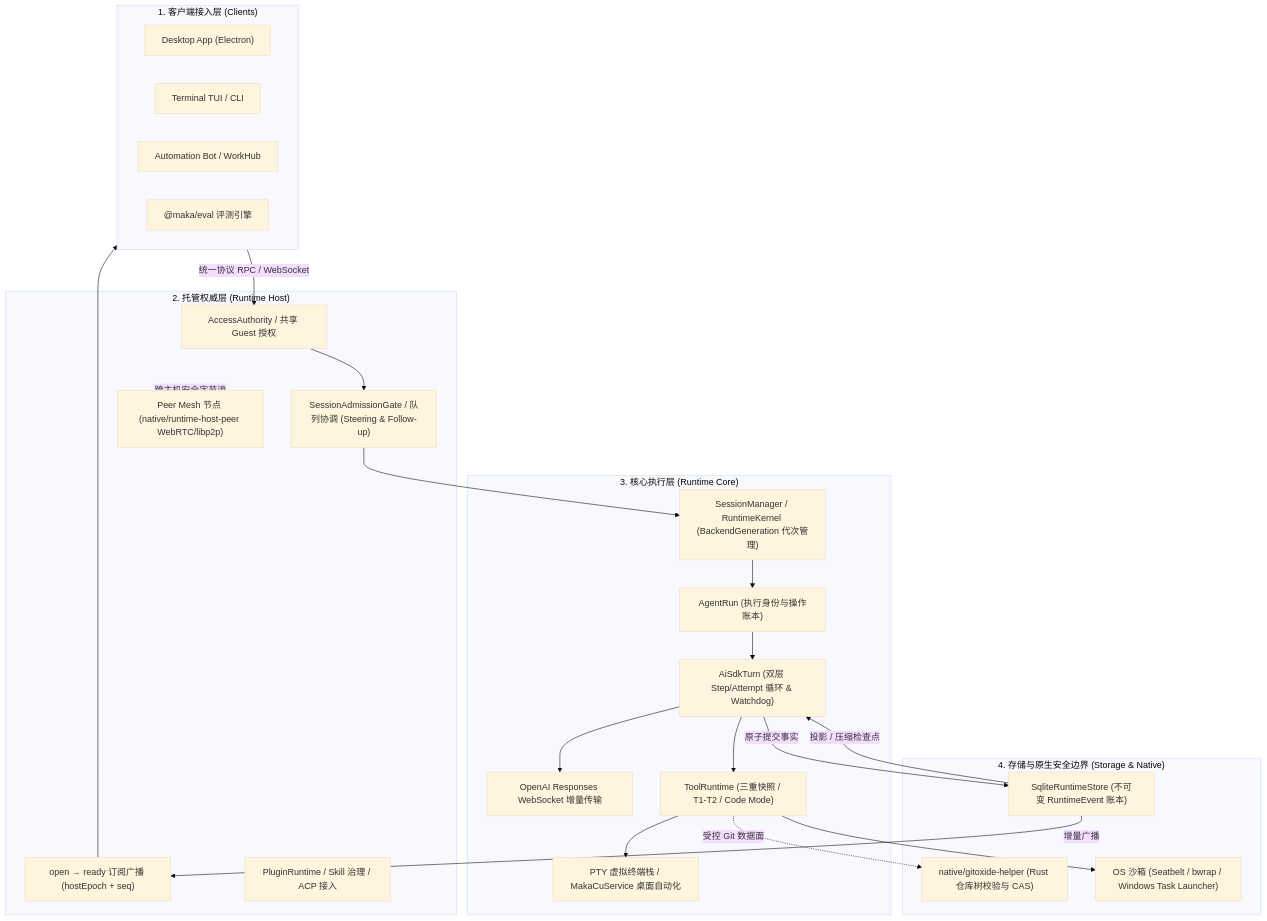
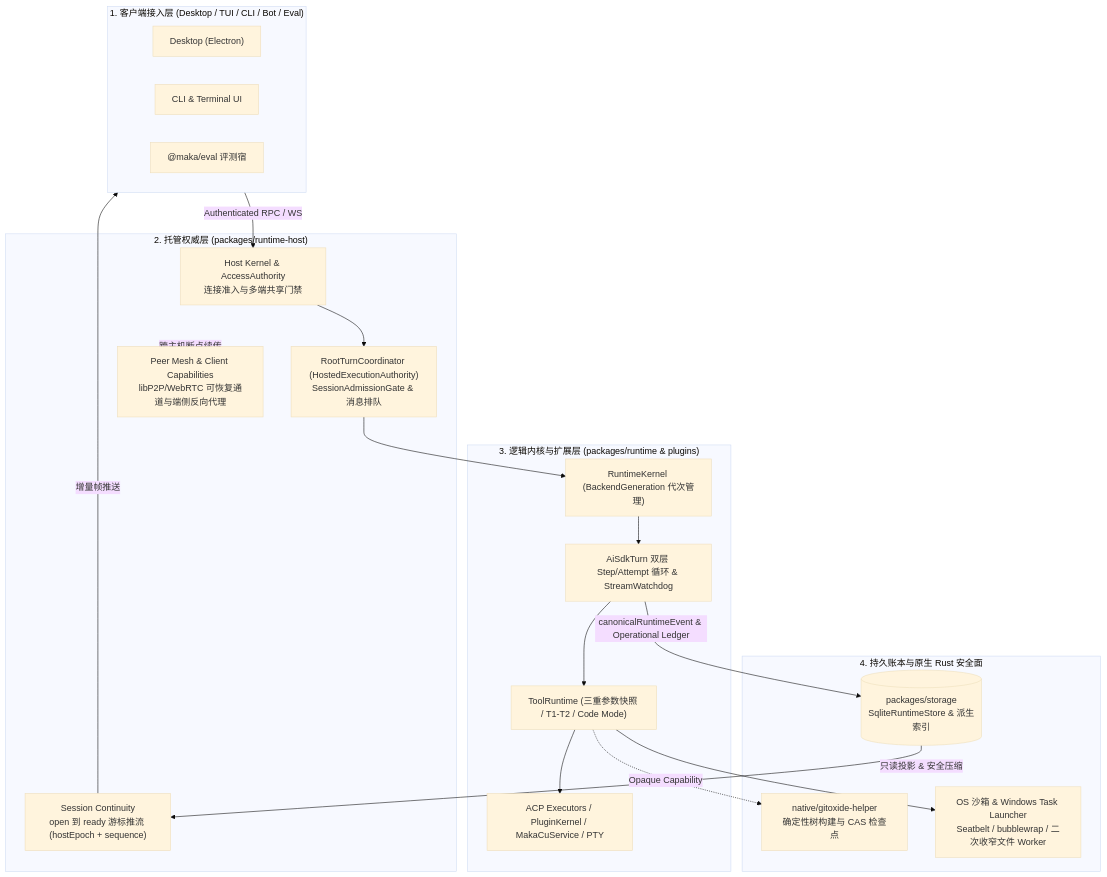
The diagram in maka-agent-infra/README.md (suger-m/agent-infrastructure-docs), drawn with Mermaid (base theme) before and after one commit. The commit also changed other lines of this file and 33 other files, not shown here.

Commit message:
docs(ts): overhaul all 32 TS architecture chapters in razor-sharp microkernel style & polish Rust foundations

````diff
--- a/maka-agent-infra/README.md
+++ b/maka-agent-infra/README.md
@@ -28,48 +15,41 @@
 ```mermaid
 flowchart TB
-    subgraph Clients["1. 客户端接入层 (Clients)"]
-        Desk["Desktop App (Electron)"]
-        TUI["Terminal TUI / CLI"]
-        Bot["Automation Bot / WorkHub"]
-        Eval["@maka/eval 评测引擎"]
+    subgraph Clients["1. 客户端接入层 (Desktop / TUI / CLI / Bot / Eval)"]
+        Desk["Desktop (Electron)"]
+        TUI["CLI & Terminal UI"]
+        Eval["@maka/eval 评测宿"]
     end
 
-    subgraph Host["2. 托管权威层 (Runtime Host)"]
-        Auth["AccessAuthority / 共享 Guest 授权"]
-        Adm["SessionAdmissionGate / 队列协调 (Steering & Follow-up)"]
-        Sub["open → ready 订阅广播 (hostEpoch + seq)"]
-        Plugin["PluginRuntime / Skill 治理 / ACP 接入"]
-        Mesh["Peer Mesh 节点 (native/runtime-host-peer WebRTC/libp2p)"]
+    subgraph Host["2. 托管权威层 (packages/runtime-host)"]
+        Kernel["Host Kernel & AccessAuthority<br/>连接准入与多端共享门禁"]
+        Adm["RootTurnCoordinator (HostedExecutionAuthority)<br/>SessionAdmissionGate & 消息排队"]
+        Cont["Session Continuity<br/>open 到 ready 游标推流 (hostEpoch + sequence)"]
+        Mesh["Peer Mesh & Client Capabilities<br/>libP2P/WebRTC 可恢复通道与端侧反向代理"]
     end
 
-    subgraph Runtime["3. 核心执行层 (Runtime Core)"]
-        SM["SessionManager / RuntimeKernel (BackendGeneration 代次管理)"]
-        Run["AgentRun (执行身份与操作账本)"]
-        Turn["AiSdkTurn (双层 Step/Attempt 循环 & Watchdog)"]
-        WS["OpenAI Responses WebSocket 增量传输"]
-        Tools["ToolRuntime (三重快照 / T1-T2 / Code Mode)"]
-        PTY["PTY 虚拟终端栈 / MakaCuService 桌面自动化"]
+    subgraph Core["3. 逻辑内核与扩展层 (packages/runtime & plugins)"]
+        RK["RuntimeKernel (BackendGeneration 代次管理)"]
+        Turn["AiSdkTurn 双层 Step/Attempt 循环 & StreamWatchdog"]
+        Tools["ToolRuntime (三重参数快照 / T1-T2 / Code Mode)"]
+        Ext["ACP Executors / PluginKernel / MakaCuService / PTY"]
     end
 
-    subgraph StorageNative["4. 存储与原生安全边界 (Storage & Native)"]
-        EventLog["SqliteRuntimeStore (不可变 RuntimeEvent 账本)"]
-        Gitoxide["native/gitoxide-helper (Rust 仓库树校验与 CAS)"]
-        Sandbox["OS 沙箱 (Seatbelt / bwrap / Windows Task Launcher)"]
+    subgraph NativeStorage["4. 持久账本与原生 Rust 安全面"]
+        SQL[("packages/storage<br/>SqliteRuntimeStore & 派生索引")]
+        Git["native/gitoxide-helper<br/>确定性树构建与 CAS 检查点"]
+        San["OS 沙箱 & Windows Task Launcher<br/>Seatbelt / bubblewrap / 二次收窄文件 Worker"]
     end
 
-    Clients -->|"统一协议 RPC / WebSocket"| Auth
-    Auth --> Adm
-    Adm --> SM
-    SM --> Run
-    Run --> Turn
-    Turn --> WS
+    Clients -->|"Authenticated RPC / WS"| Kernel
+    Kernel --> Adm
+    Adm --> RK
+    RK --> Turn
     Turn --> Tools
-    Tools --> PTY
-    Tools --> Sandbox
-    Turn -->|"原子提交事实"| EventLog
-    EventLog -->|"投影 / 压缩检查点"| Turn
-    EventLog -->|"增量广播"| Sub
-    Sub --> Clients
-    Host -.->|"跨主机安全字节流"| Mesh
-    Tools -.->|"受控 Git 数据面"| Gitoxide
+    Tools --> Ext
+    Tools --> San
+    Turn -->|"canonicalRuntimeEvent & Operational Ledger"| SQL
+    SQL -->|"只读投影 & 安全压缩"| Cont
+    Cont -->|"增量帧推送"| Clients
+    Host -.->|"跨主机断点续传"| Mesh
+    Tools -.->|"Opaque Capability"| Git
 ```
````
